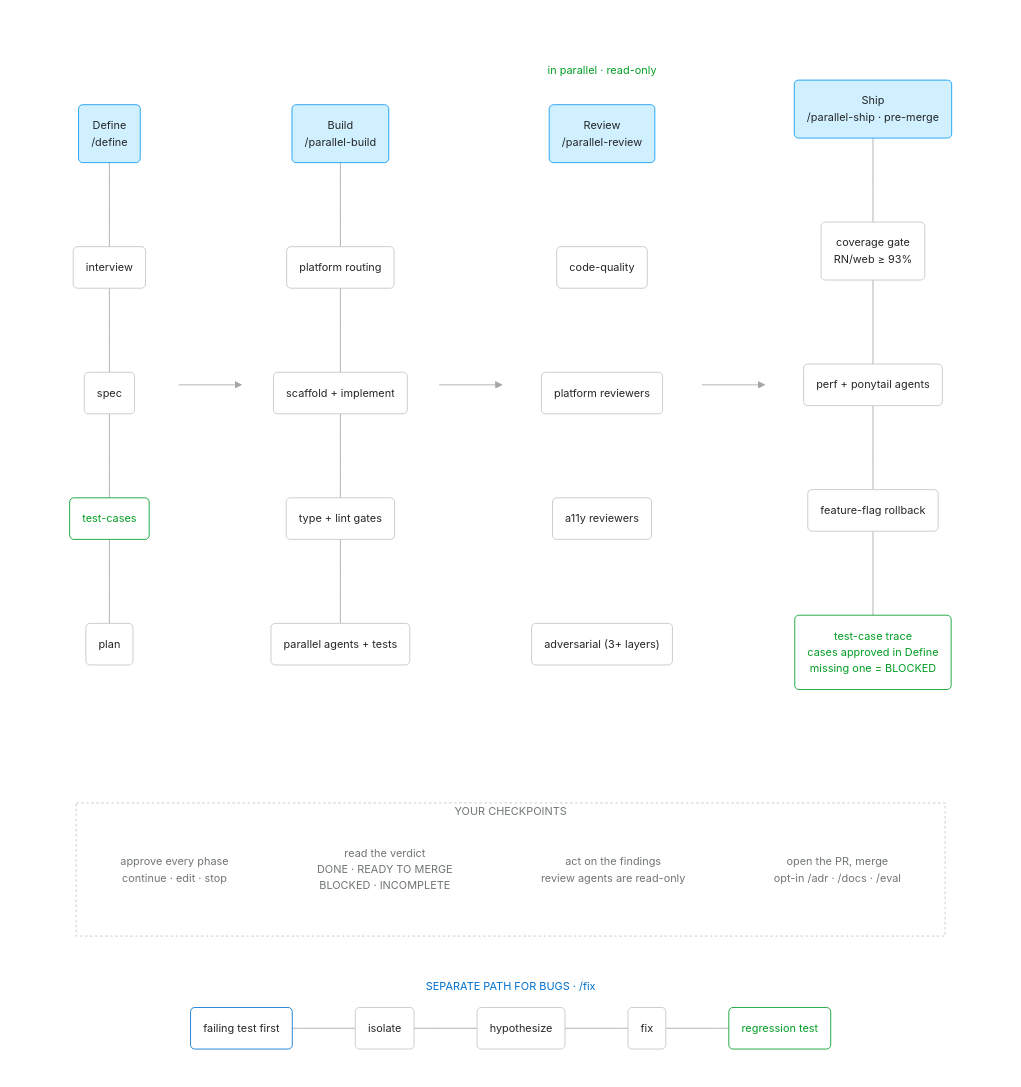
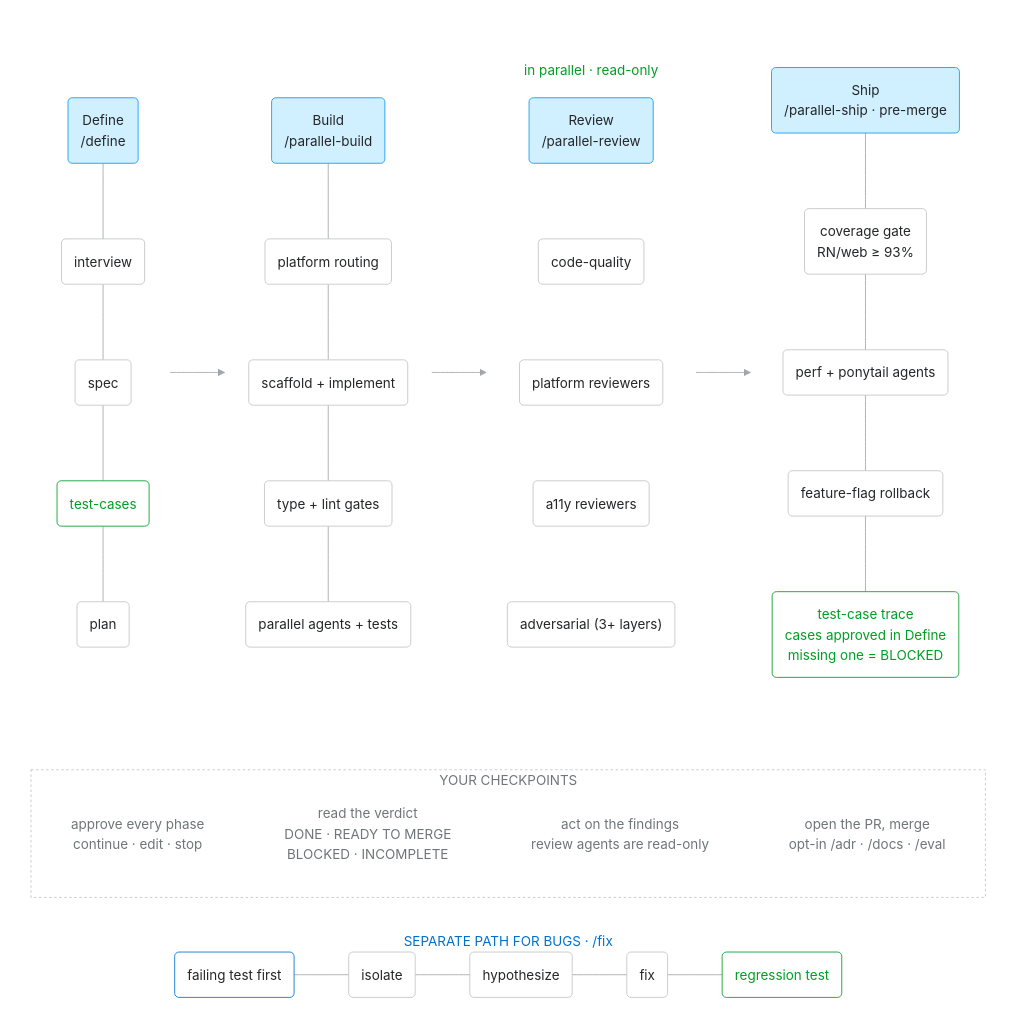
One commit to raditia/CraftKit changed diagram 14 of 17 in README.md. Above: the diagram before and after it, drawn with Mermaid. The commit also changed other lines of this file, not shown here.

First line of the commit message:
docs: make README diagrams readable at GitHub width

````diff
--- a/README.md
+++ b/README.md
@@ -842,69 +871,71 @@
 ```mermaid
 ---
 config:
   theme: base
   look: classic
   fontFamily: "-apple-system, BlinkMacSystemFont, Segoe UI, Helvetica, Arial, sans-serif"
   themeVariables:
     fontFamily: "-apple-system, BlinkMacSystemFont, Segoe UI, Helvetica, Arial, sans-serif"
-    fontSize: 13px
+    fontSize: 16px
     primaryColor: "#FFFFFF"
     primaryBorderColor: "#C1C4C6"
     primaryTextColor: "#242628"
     lineColor: "#A2A6A8"
     clusterBkg: "#F5FBFF"
     clusterBorder: "#F0F1F2"
     titleColor: "#707577"
     edgeLabelBackground: "#FFFFFF"
   flowchart:
     curve: basis
-    wrappingWidth: 640
+    wrappingWidth: 240
+    nodeSpacing: 30
+    rankSpacing: 40
 ---
 flowchart TB
     subgraph ROW[" "]
         direction LR
         subgraph DEF[" "]
             direction TB
             hd("Define<br/>/define") --- d1("interview") --- d2("spec") --- d3("test-cases") --- d4("plan")
         end
         subgraph BLD[" "]
             direction TB
             hb("Build<br/>/parallel-build") --- b1("platform routing") --- b2("scaffold + implement") --- b3("type + lint gates") --- b4("parallel agents + tests")
         end
         subgraph REV["in parallel · read-only"]
             direction TB
             hr("Review<br/>/parallel-review") ~~~ r1("code-quality") ~~~ r2("platform reviewers") ~~~ r3("a11y reviewers") ~~~ r4("adversarial (3+ layers)")
         end
         subgraph SHP[" "]
             direction TB
             hs("Ship<br/>/parallel-ship · pre-merge") --- s1("coverage gate<br/>RN/web ≥ 93%") --- s2("perf + ponytail agents") --- s3("feature-flag rollback") --- s4("test-case trace<br/>cases approved in Define<br/>missing one = BLOCKED")
         end
         DEF --> BLD --> REV --> SHP
     end
     subgraph CHK["YOUR CHECKPOINTS"]
         direction LR
         k1("approve every phase<br/>continue · edit · stop") ~~~ k2("read the verdict<br/>DONE · READY TO MERGE<br/>BLOCKED · INCOMPLETE") ~~~ k3("act on the findings<br/>review agents are read-only") ~~~ k4("open the PR, merge<br/>opt-in /adr · /docs · /eval")
     end
     subgraph FIX["SEPARATE PATH FOR BUGS · /fix"]
         direction LR
         f1("failing test first") --- f2("isolate") --- f3("hypothesize") --- f4("fix") --- f5("regression test")
     end
     ROW ~~~ CHK ~~~ FIX
 
     classDef n fill:#FFFFFF,stroke:#C1C4C6,color:#242628
     classDef key fill:#D1F0FF,stroke:#0A9AF2,color:#242628
     classDef ok fill:#FFFFFF,stroke:#029D24,color:#029D24
     classDef quiet fill:transparent,stroke:transparent,color:#707577
     class d1,d2,d4,b1,b2,b3,b4,r1,r2,r3,r4,s1,s2,s3,f2,f3,f4 n
     class hd,hb,hr,hs key
     class d3,s4,f5 ok
     class k1,k2,k3,k4 quiet
     style f1 fill:#FFFFFF,stroke:#0071CE,color:#242628
     style ROW fill:transparent,stroke:transparent
     style DEF fill:transparent,stroke:transparent
     style BLD fill:transparent,stroke:transparent
     style REV fill:transparent,stroke:transparent,color:#029D24
     style SHP fill:transparent,stroke:transparent
     style CHK fill:transparent,stroke:#C1C4C6,stroke-dasharray:3 3
     style FIX fill:transparent,stroke:transparent,color:#0071CE
 ```
````
